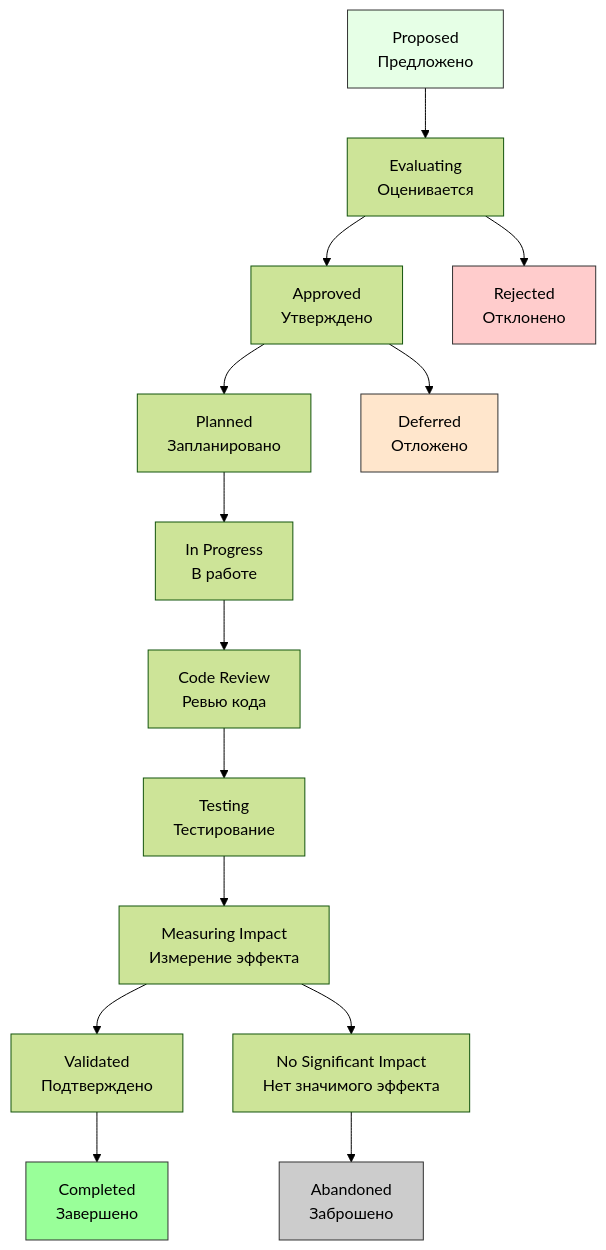
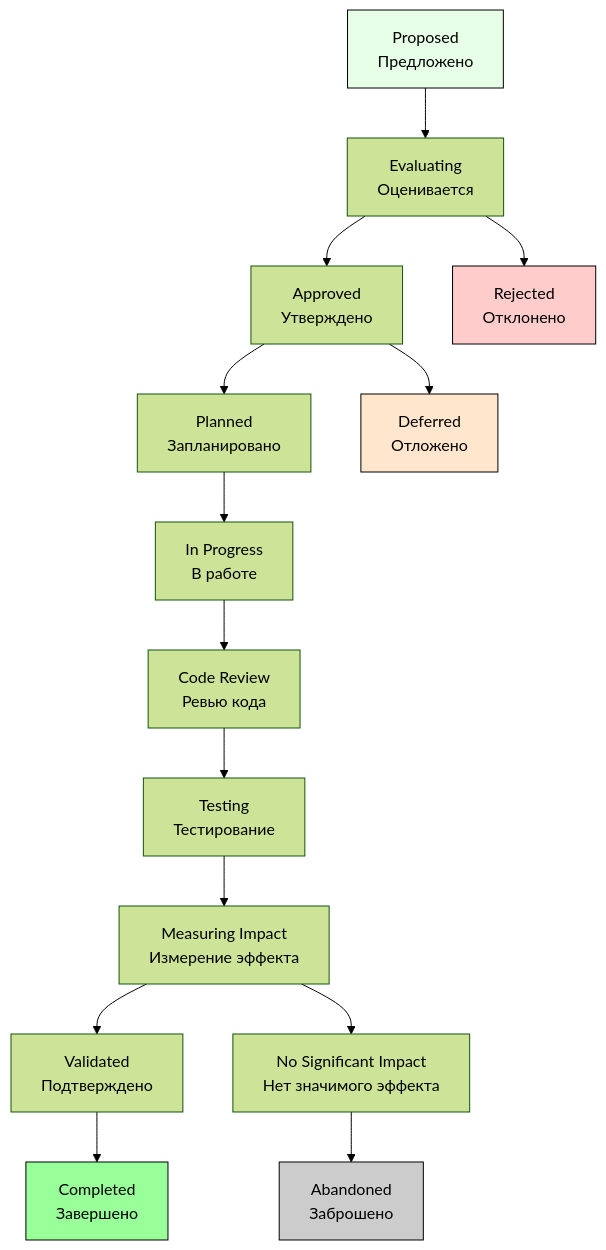
One commit to YaroslavMizgirev/my-jira changed the diagram in data-scheme/about workflow/improvement-workflow.md. Above: the diagram before and after it, drawn with Mermaid (forest theme).

Commit message:
Update Workflow для Improvement

````diff
--- a/data-scheme/about workflow/improvement-workflow.md
+++ b/data-scheme/about workflow/improvement-workflow.md
@@ -12,24 +12,24 @@
 ```mermaid
 graph TD
     A[Proposed<br/>Предложено] --> B[Evaluating<br/>Оценивается]
     B --> C[Approved<br/>Утверждено]
     C --> D[Planned<br/>Запланировано]
     D --> E[In Progress<br/>В работе]
     E --> F[Code Review<br/>Ревью кода]
     F --> G[Testing<br/>Тестирование]
     G --> H[Measuring Impact<br/>Измерение эффекта]
     H --> I[Validated<br/>Подтверждено]
     I --> J[Completed<br/>Завершено]
     
     B --> K[Rejected<br/>Отклонено]
     C --> L[Deferred<br/>Отложено]
     
     H --> M[No Significant Impact<br/>Нет значимого эффекта]
     M --> N[Abandoned<br/>Заброшено]
     
-    style A fill:#e6ffe6,stroke:#333
-    style J fill:#9f9,stroke:#333
-    style K fill:#ffcccc,stroke:#333
-    style L fill:#ffe6cc,stroke:#333
-    style N fill:#cccccc,stroke:#333
+    style A fill:#e6ffe6,stroke:#000,color:#000
+    style J fill:#9f9,stroke:#000,color:#000
+    style K fill:#ffcccc,stroke:#000,color:#000
+    style L fill:#ffe6cc,stroke:#000,color:#000
+    style N fill:#cccccc,stroke:#000,color:#000
 ```
````
